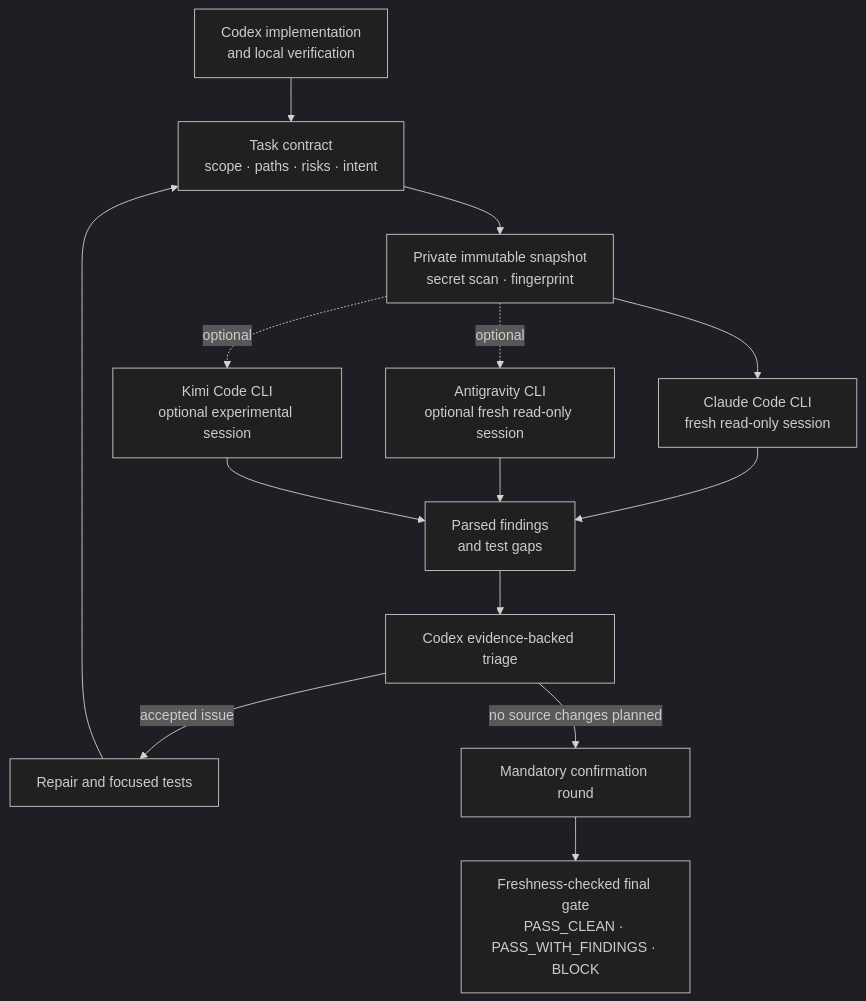
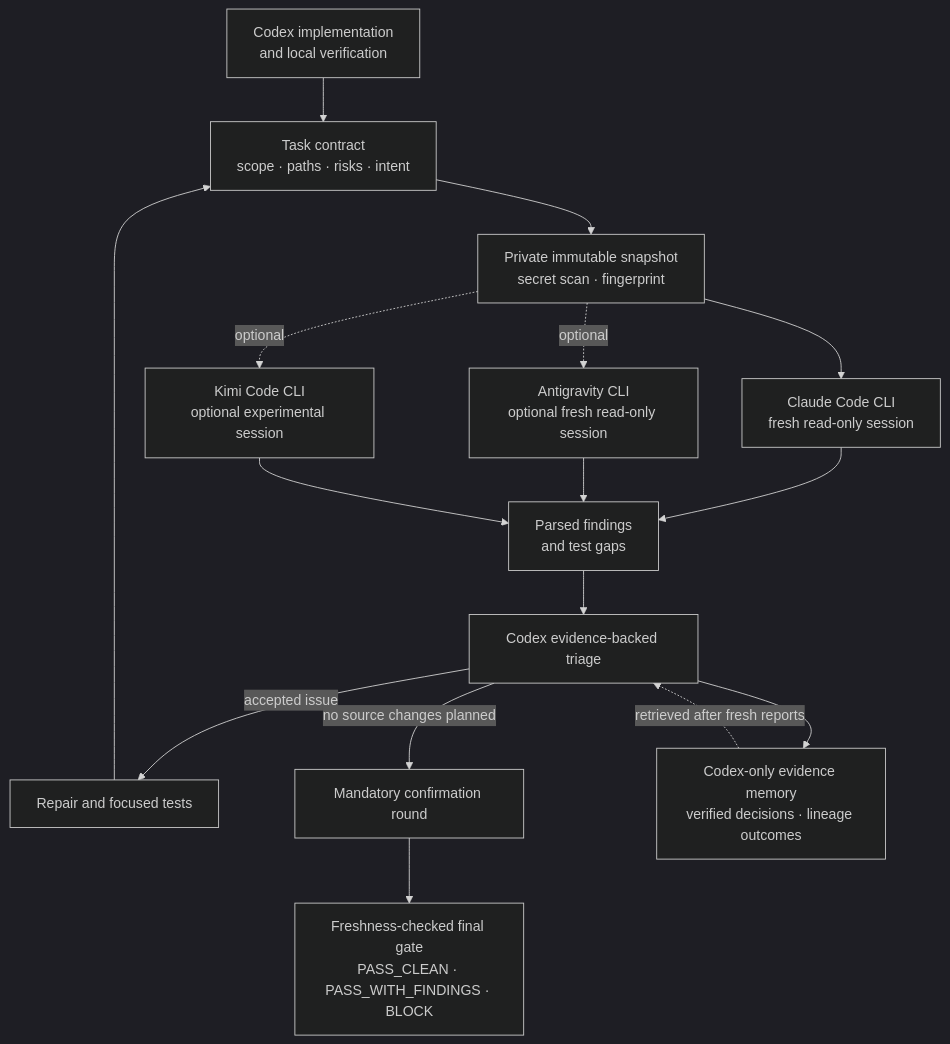
One commit to shoti/codex-multi-model-review changed the diagram in README.md. Above: the diagram before and after it, drawn with Mermaid (dark theme). The commit also changed other lines of this file and 10 other files, not shown here.

Commit message:
feat: improve review memory and lineage controls

````diff
--- a/README.md
+++ b/README.md
@@ -39,28 +41,31 @@
 ```mermaid
 flowchart TD
     A[Codex implementation<br/>and local verification]
     B[Task contract<br/>scope · paths · risks · intent]
     C[Private immutable snapshot<br/>secret scan · fingerprint]
     D1[Claude Code CLI<br/>fresh read-only session]
     D2[Antigravity CLI<br/>optional fresh read-only session]
     D3[Kimi Code CLI<br/>optional experimental session]
     E[Parsed findings<br/>and test gaps]
     F[Codex evidence-backed triage]
     G[Repair and focused tests]
     H[Mandatory confirmation round]
     I[Freshness-checked final gate<br/>PASS_CLEAN · PASS_WITH_FINDINGS · BLOCK]
+    J[Codex-only evidence memory<br/>verified decisions · lineage outcomes]
 
     A --> B
     B --> C
     C --> D1
     C -. optional .-> D2
     C -. optional .-> D3
     D1 --> E
     D2 --> E
     D3 --> E
     E --> F
+    J -. retrieved after fresh reports .-> F
+    F --> J
     F -->|accepted issue| G
     G --> B
     F -->|no source changes planned| H
     H --> I
 ```
````
